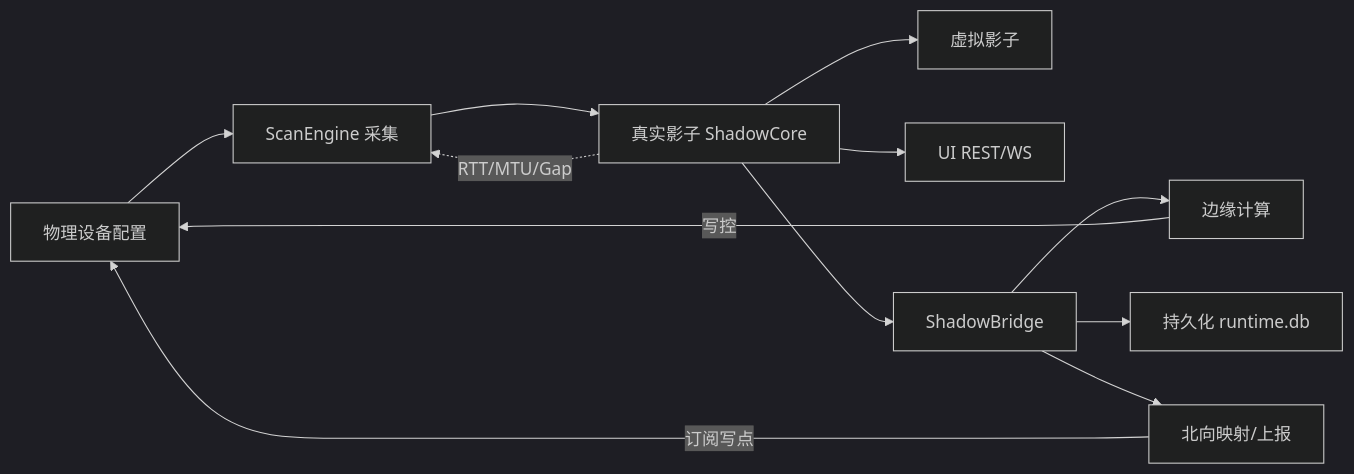
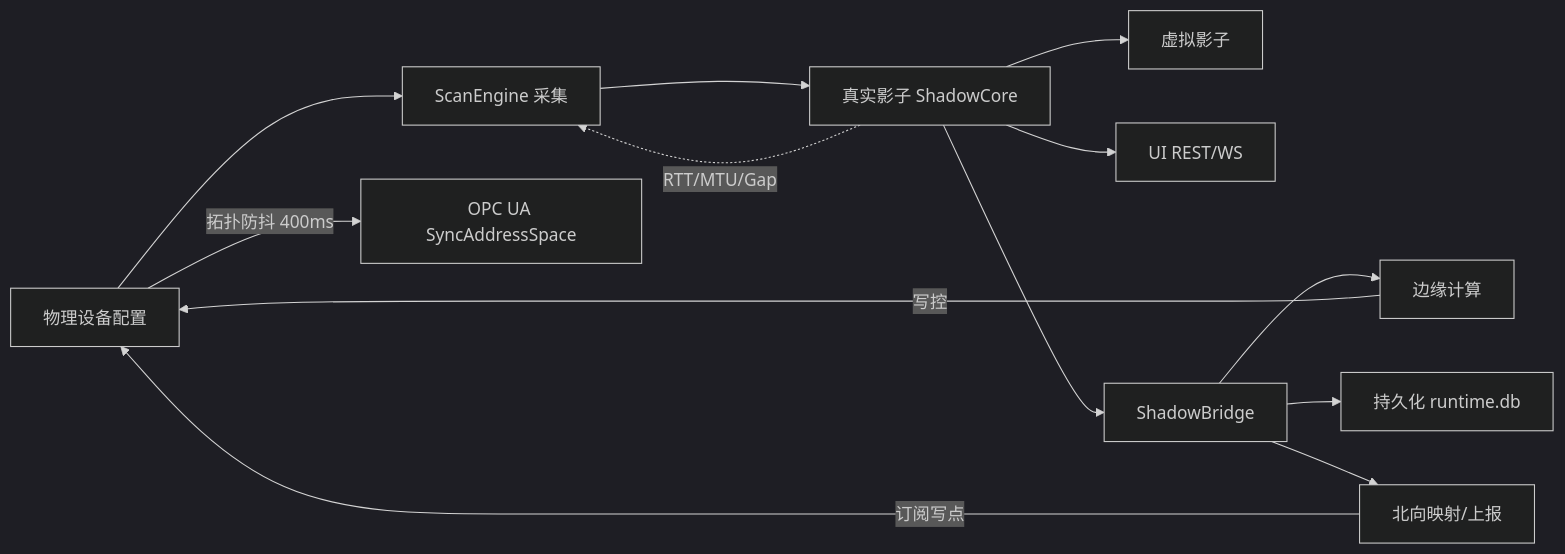
One commit to anviod/edgex changed the third of 3 diagrams in docs/edge/边缘网关架构设计总览.md. Above: the diagram before and after it, drawn with Mermaid (dark theme). The commit also changed other lines of this file and 40 other files, not shown here.

````diff
--- a/docs/edge/边缘网关架构设计总览.md
+++ b/docs/edge/边缘网关架构设计总览.md
@@ -332,14 +357,15 @@
 ```mermaid
 flowchart LR
   PHY["物理设备配置"] --> SCAN["ScanEngine 采集"]
   SCAN --> REAL["真实影子 ShadowCore"]
   REAL --> VIRT["虚拟影子"]
   REAL --> UI["UI REST/WS"]
   REAL --> BR["ShadowBridge"]
   BR --> EDGE["边缘计算"]
   BR --> HIST["持久化 runtime.db"]
   BR --> NB["北向映射/上报"]
   EDGE -->|写控| PHY
   NB -->|订阅写点| PHY
   REAL -.->|RTT/MTU/Gap| SCAN
+  PHY -->|拓扑防抖 400ms| NB_SYNC["OPC UA SyncAddressSpace"]
 ```
````
